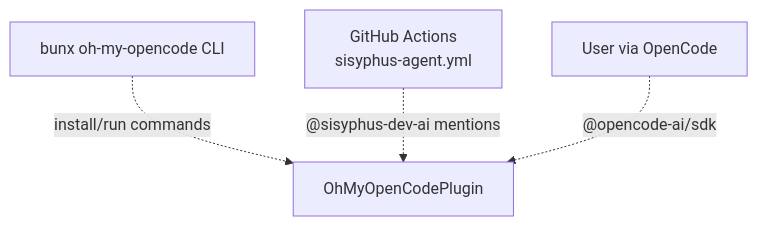
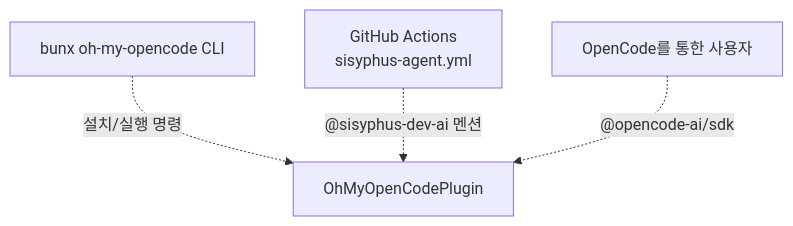
One commit to felipetruman/oh-my-opencode-docs changed the first of 14 diagrams in docs/index.md. Above: the diagram before and after it, drawn with Mermaid. The commit also changed other lines of this file and 76 other files, not shown here.

````diff
--- a/docs/index.md
+++ b/docs/index.md
@@ -125,12 +119,12 @@
 ```mermaid
 flowchart TD
 
 CLI["bunx oh-my-opencode CLI"]
 GH["GitHub Actions<br>sisyphus-agent.yml"]
-User["User via OpenCode"]
+User["OpenCode를 통한 사용자"]
 Plugin["OhMyOpenCodePlugin"]
 
-CLI -.->|"install/run commands"| Plugin
-GH -.->|"@sisyphus-dev-ai mentions"| Plugin
+CLI -.->|"설치/실행 명령"| Plugin
+GH -.->|"@sisyphus-dev-ai 멘션"| Plugin
 User -.->|"@opencode-ai/sdk"| Plugin
 ```
````
